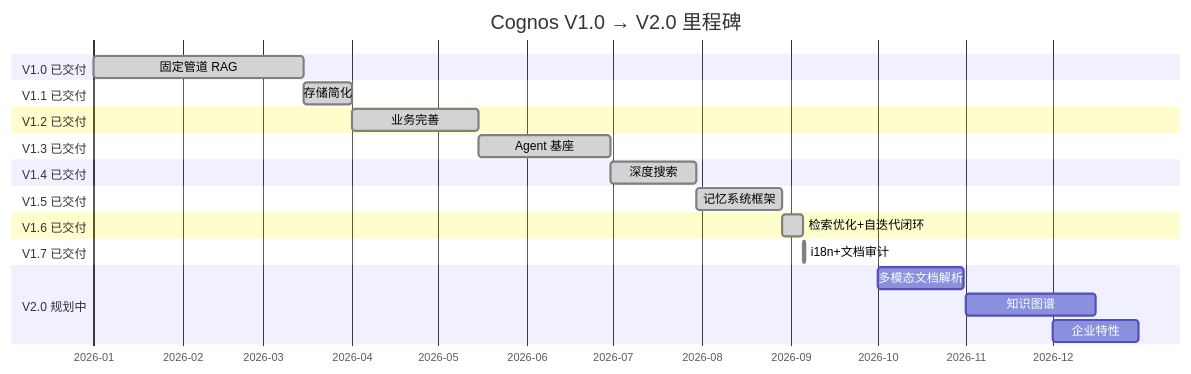
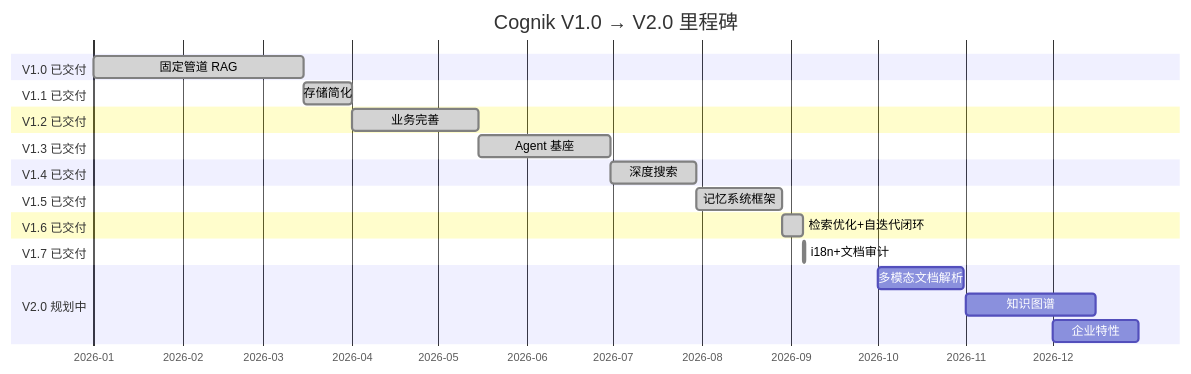
One commit to int2t05/Cognik changed the fourth of 4 diagrams in docs/ROADMAP.md. Above: the diagram before and after it, drawn with Mermaid. The commit also changed other lines of this file and 192 other files, not shown here.

First line of the commit message:
rename: Cognos → Cognik（全量改名，消除 IBM Cognos 命名冲突）

````diff
--- a/docs/ROADMAP.md
+++ b/docs/ROADMAP.md
@@ -458,35 +458,35 @@
 ```mermaid
 gantt
-    title Cognos V1.0 → V2.0 里程碑
+    title Cognik V1.0 → V2.0 里程碑
     dateFormat YYYY-MM-DD
     axisFormat %Y-%m
 
     section V1.0 已交付
     固定管道 RAG         :done, v1, 2026-01-01, 2026-03-15
 
     section V1.1 已交付
     存储简化             :done, v11, 2026-03-15, 2026-04-01
 
     section V1.2 已交付
     业务完善             :done, v12, 2026-04-01, 2026-05-15
 
     section V1.3 已交付
     Agent 基座           :done, v13, 2026-05-15, 2026-06-30
 
     section V1.4 已交付
     深度搜索             :done, v14, 2026-06-30, 30d
 
     section V1.5 已交付
     记忆系统框架         :done, v15, 2026-07-30, 30d
 
     section V1.6 已交付
     检索优化+自迭代闭环   :done, v16, 2026-08-29, 7d
 
     section V1.7 已交付
     i18n+文档审计        :done, v17, 2026-09-05, 1d
 
     section V2.0 规划中
     多模态文档解析       :v20a, 2026-10-01, 30d
     知识图谱             :v20b, 2026-11-01, 45d
     企业特性             :v20c, 2026-12-01, 30d
 ```
````
